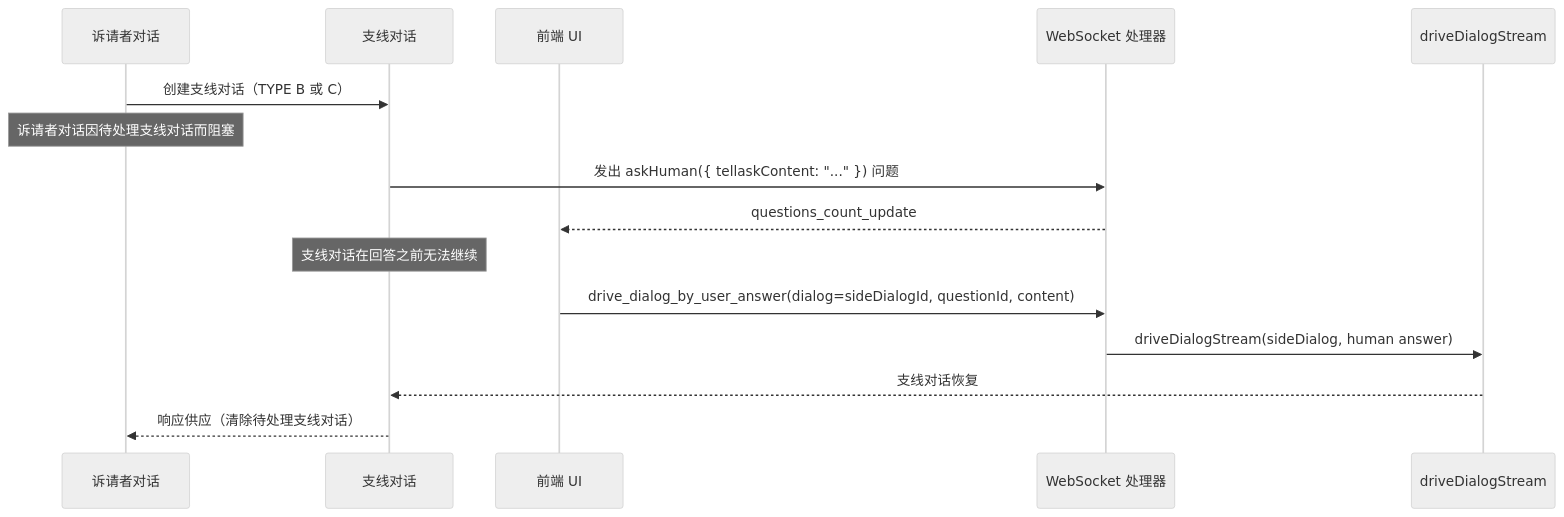
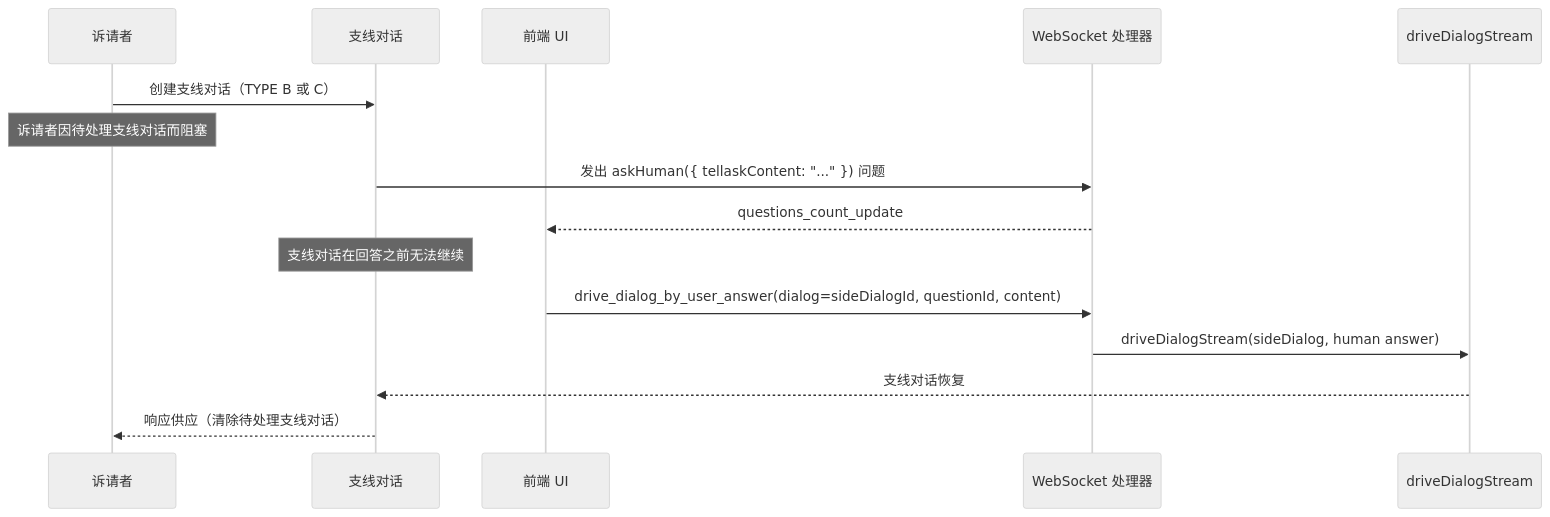
One commit to longrun-ai/dominds changed the fourth of 19 diagrams in docs/dialog-system.zh.md. Above: the diagram before and after it, drawn with Mermaid (neutral theme). The commit also changed other lines of this file and 105 other files, not shown here.

````diff
--- a/docs/dialog-system.zh.md
+++ b/docs/dialog-system.zh.md
@@ -639,20 +637,20 @@
 ```mermaid
 sequenceDiagram
-  participant Asker as 诉请者对话
+  participant Asker as 诉请者
   participant Side as 支线对话
   participant UI as 前端 UI
   participant WS as WebSocket 处理器
   participant Driver as driveDialogStream
 
   Asker->>Side: 创建支线对话（TYPE B 或 C）
-  Note over Asker: 诉请者对话因待处理支线对话而阻塞
+  Note over Asker: 诉请者因待处理支线对话而阻塞
 
   Side->>WS: 发出 askHuman({ tellaskContent: "..." }) 问题
   WS-->>UI: questions_count_update
   Note over Side: 支线对话在回答之前无法继续
 
   UI->>WS: drive_dialog_by_user_answer(dialog=sideDialogId, questionId, content)
   WS->>Driver: driveDialogStream(sideDialog, human answer)
   Driver-->>Side: 支线对话恢复
   Side-->>Asker: 响应供应（清除待处理支线对话）
 ```
````
